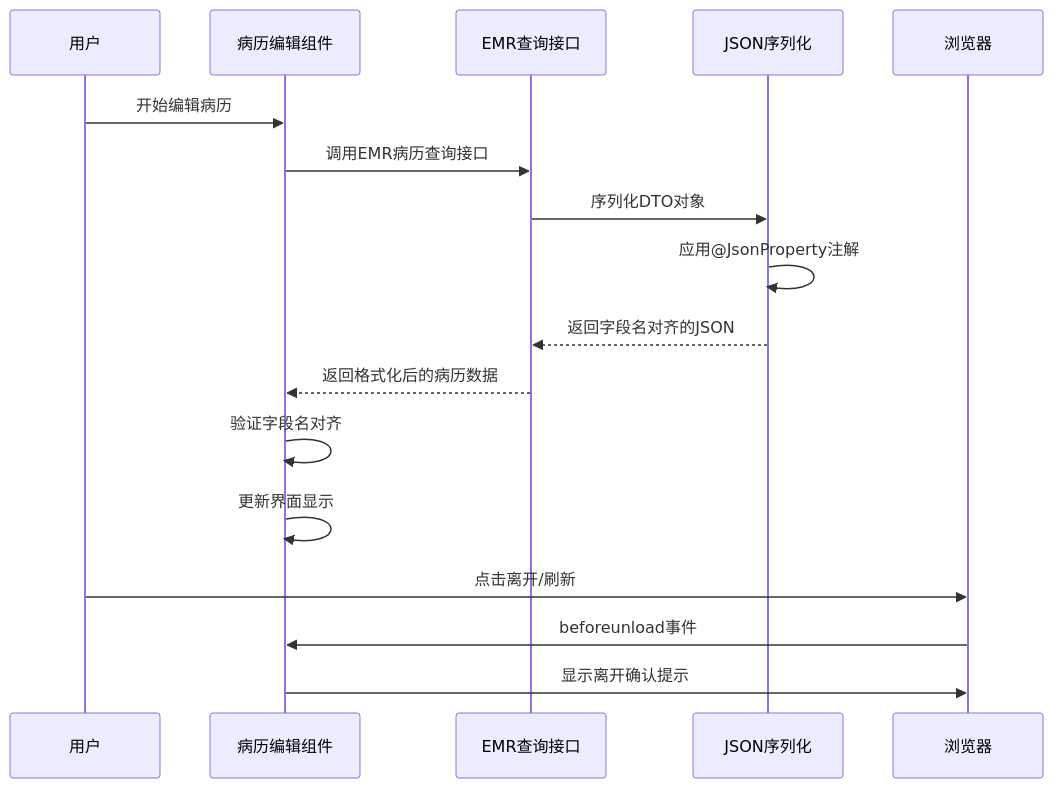
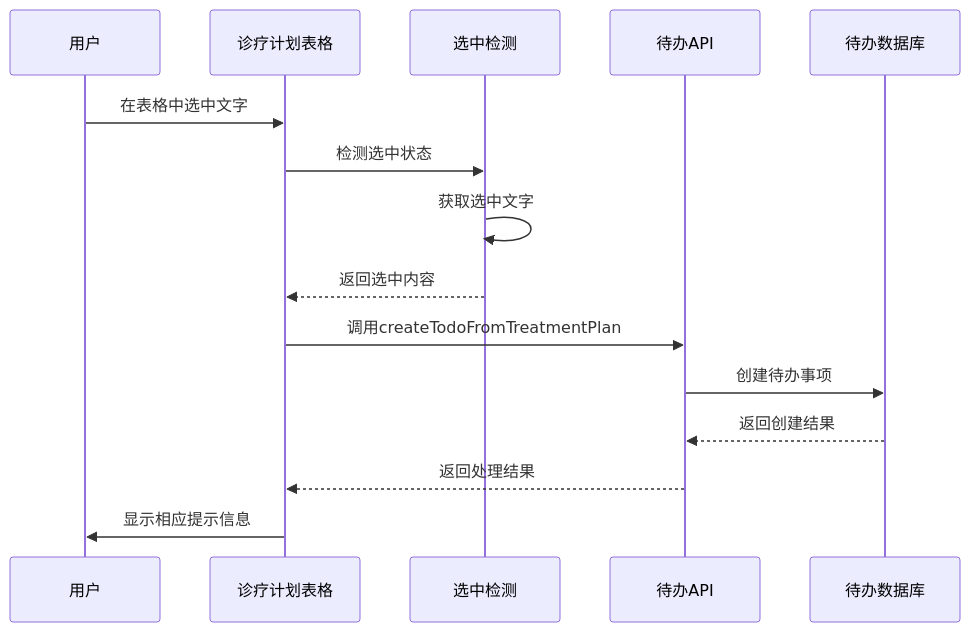
Before and after one commit to liuzh2008/med_ai_assistant_workspace: the fifth of 17 diagrams in .qoder/repowiki/zh/content/Medical Record Operation Guide.md, drawn with Mermaid. The commit also changed other lines of this file and 4 other files, not shown here.

````diff
--- a/.qoder/repowiki/zh/content/Medical Record Operation Guide.md
+++ b/.qoder/repowiki/zh/content/Medical Record Operation Guide.md
@@ -584,19 +489,17 @@
 ```mermaid
 sequenceDiagram
 participant User as 用户
-participant MR as 病历编辑组件
-participant API as EMR查询接口
-participant JSON as JSON序列化
-participant Browser as 浏览器
-User->>MR : 开始编辑病历
-MR->>API : 调用EMR病历查询接口
-API->>JSON : 序列化DTO对象
-JSON->>JSON : 应用@JsonProperty注解
-JSON-->>API : 返回字段名对齐的JSON
-API-->>MR : 返回格式化后的病历数据
-MR->>MR : 验证字段名对齐
-MR->>MR : 更新界面显示
-User->>Browser : 点击离开/刷新
-Browser->>MR : beforeunload事件
-MR->>Browser : 显示离开确认提示
+participant TPTable as 诊疗计划表格
+participant Selection as 选中检测
+participant API as 待办API
+participant TodoDB as 待办数据库
+User->>TPTable : 在表格中选中文字
+TPTable->>Selection : 检测选中状态
+Selection->>Selection : 获取选中文字
+Selection-->>TPTable : 返回选中内容
+TPTable->>API : 调用createTodoFromTreatmentPlan
+API->>TodoDB : 创建待办事项
+TodoDB-->>API : 返回创建结果
+API-->>TPTable : 返回处理结果
+TPTable->>User : 显示相应提示信息
 ```
````
